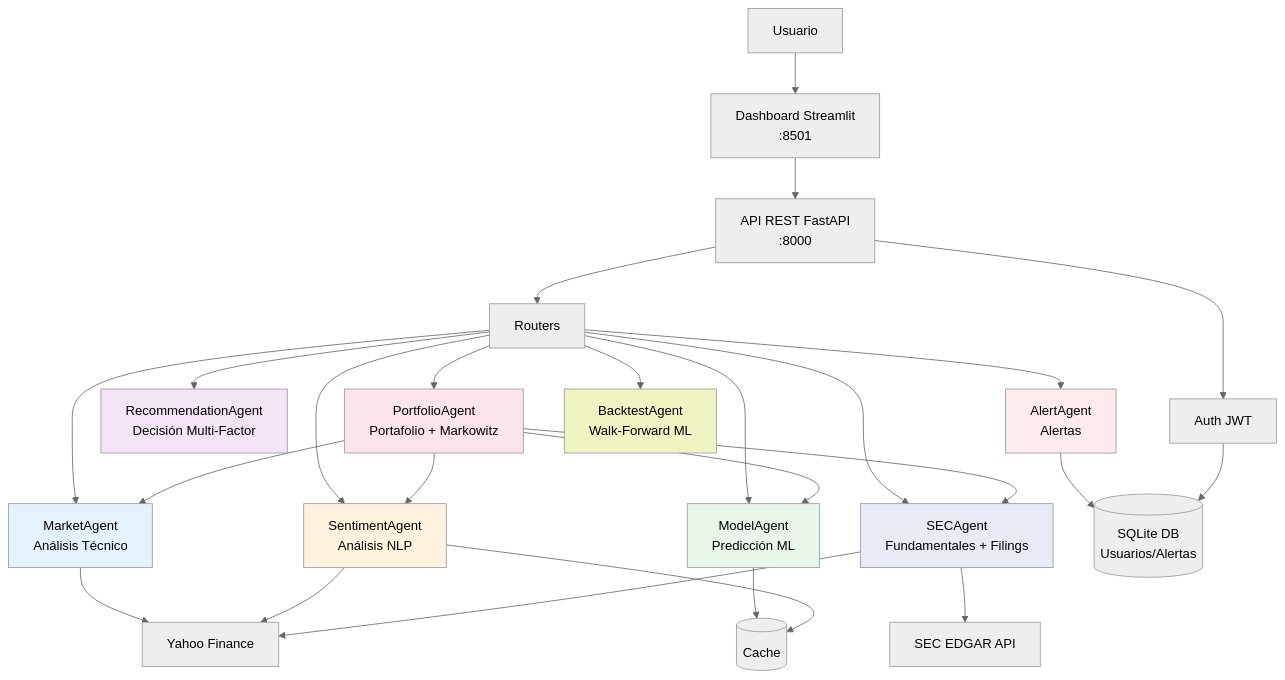
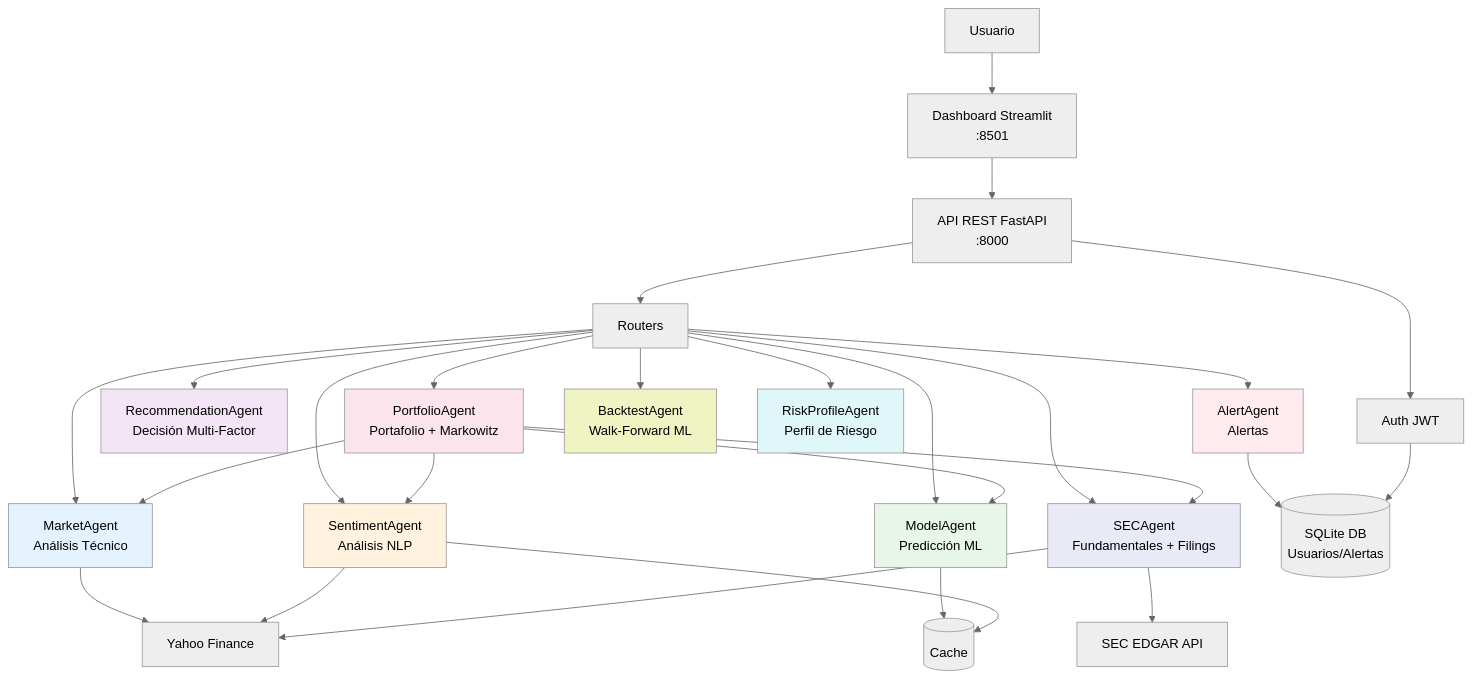
The diagram in README.md (fabianacid/tesis_maestria), drawn with Mermaid (neutral theme) before and after one commit. The commit also changed other lines of this file and 40 other files, not shown here.

First line of the commit message:
Agregar RiskProfileAgent y mejoras al dashboard (V17)

````diff
--- a/README.md
+++ b/README.md
@@ -64,39 +65,41 @@
 ```mermaid
 graph TB
     User[ Usuario] --> Dashboard[ Dashboard Streamlit<br/>:8501]
     Dashboard --> API[ API REST FastAPI<br/>:8000]
     API --> Auth[ Auth JWT]
     API --> Router1[ Routers]
 
     Router1 --> MA[ MarketAgent<br/>Análisis Técnico]
     Router1 --> MOA[ ModelAgent<br/>Predicción ML]
     Router1 --> SA[ SentimentAgent<br/>Análisis NLP]
     Router1 --> RA[ RecommendationAgent<br/>Decisión Multi-Factor]
     Router1 --> AA[ AlertAgent<br/>Alertas]
     Router1 --> SECA[ SECAgent<br/>Fundamentales + Filings]
     Router1 --> PA[ PortfolioAgent<br/>Portafolio + Markowitz]
     Router1 --> BA[ BacktestAgent<br/>Walk-Forward ML]
+    Router1 --> RPA[ RiskProfileAgent<br/>Perfil de Riesgo]
 
     MA --> YF[ Yahoo Finance]
     SA --> YF
     SECA --> YF
     SECA --> EDGAR[ SEC EDGAR API]
     PA --> MA
     PA --> MOA
     PA --> SA
     PA --> SECA
     MOA --> Cache[( Cache)]
     SA --> Cache
 
     AA --> DB[( SQLite DB<br/>Usuarios/Alertas)]
     Auth --> DB
 
     style MA fill:#e3f2fd
     style MOA fill:#e8f5e9
     style SA fill:#fff3e0
     style RA fill:#f3e5f5
     style AA fill:#ffebee
     style SECA fill:#e8eaf6
     style PA fill:#fce4ec
     style BA fill:#f0f4c3
+    style RPA fill:#e0f7fa
 ```
````
